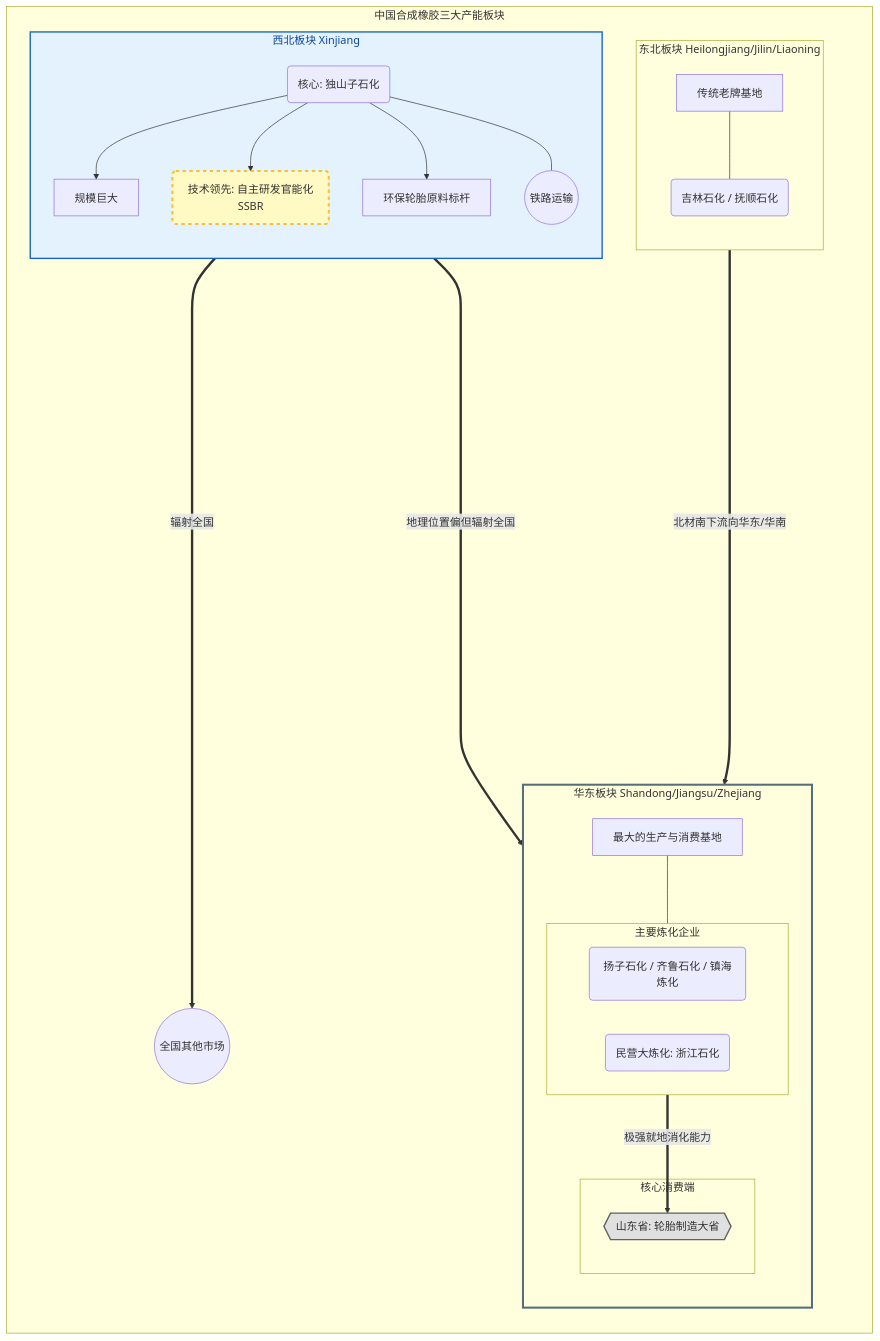
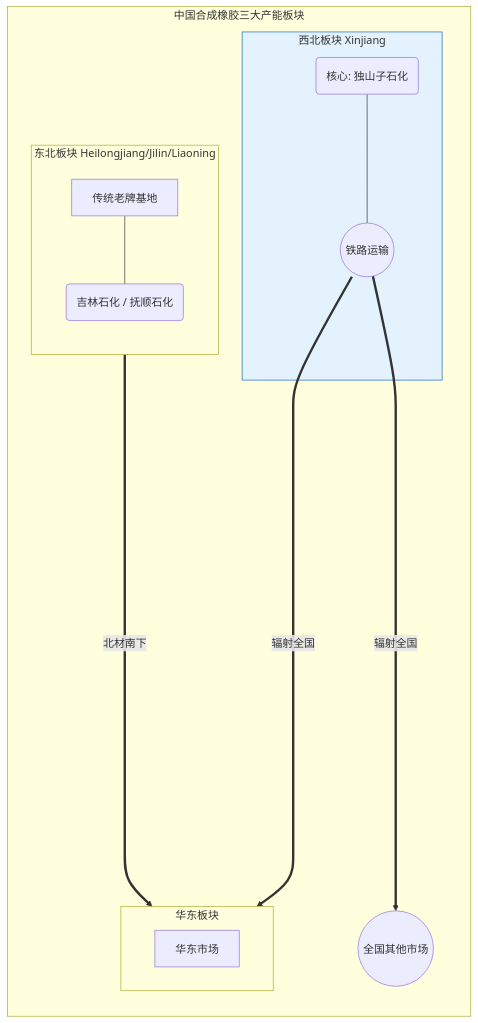
One commit to RubberTale/RubberTale.github.io changed the diagram in source/_posts/全球与中国合成橡胶产业链深度研究报告：供需重构、价格机制与市场演变 (2026版).md. Above: the diagram before and after it, drawn with Mermaid. The commit also changed 1 other file, not shown here.

Commit message:
vault backup: 2026-01-13 16:27:47

````diff
--- a/source/_posts/全球与中国合成橡胶产业链深度研究报告：供需重构、价格机制与市场演变 (2026版).md
+++ b/source/_posts/全球与中国合成橡胶产业链深度研究报告：供需重构、价格机制与市场演变 (2026版).md
@@ -124,59 +124,42 @@
 ```mermaid
 graph TB
-    %% 定义样式
-    classDef regionNW fill:#e3f2fd,stroke:#1565c0,stroke-width:2px,color:#0d47a1;
-    classDef regionNE fill:#fbe9e7,stroke:#d84315,stroke-width:2px,color:#bf360c;
-    classDef regionEC fill:#e8f5e9,stroke:#2e7d32,stroke-width:2px,color:#1b5e20;
-    classDef techNode fill:#fff9c4,stroke:#fbc02d,stroke-width:3px,stroke-dasharray: 5 5;
-    classDef tireNode fill:#e0e0e0,stroke:#616161,stroke-width:2px;
-    classDef flowEdge stroke-width:3px,stroke:#546e7a,fill:none;
-
+    %% 这里的百分号表示注释，不会报错
     %% 主标题
+    
     subgraph 中国合成橡胶三大产能板块
     direction TB
-
-        %% 西北板块
-        subgraph NW [西北板块 Xinjiang]
-            direction TB
-            N1(核心: 独山子石化)
-            N2[规模巨大]
-            N3(技术领先: 自主研发官能化SSBR):::techNode
-            N4[环保轮胎原料标杆]
-            N_Rail((铁路运输))
-            N1 --> N2 & N3 & N4
-            N1 --- N_Rail
-        end
-        class NW regionNW
-
+    
         %% 东北板块
         subgraph NE [东北板块 Heilongjiang/Jilin/Liaoning]
             direction TB
             E1[传统老牌基地]
             E2(吉林石化 / 抚顺石化)
             E1 --- E2
         end
         class NE regionNE
+        
+        %% 西北板块 (补全你的代码)
+        subgraph NW [西北板块 Xinjiang]
+            N1(核心: 独山子石化)
+            N_Rail((铁路运输))
+            N1 --- N_Rail
+        end
+        class NW regionNW
 
-        %% 华东板块
-        subgraph EC [华东板块 Shandong/Jiangsu/Zhejiang]
-            direction TB
-            C1[最大的生产与消费基地]
-            subgraph Producers [主要炼化企业]
-                C2(扬子石化 / 齐鲁石化 / 镇海炼化)
-                C3(民营大炼化: 浙江石化)
-            end
-            subgraph Consumer [核心消费端]
-                C4{{山东省: 轮胎制造大省}}:::tireNode
-            end
-            C1 --- Producers
-            Producers ==>|极强就地消化能力| C4
+        %% 华东板块 (补全你的代码)
+        subgraph EC [华东板块]
+             C1[华东市场]
         end
-        class EC regionEC
 
-    %% 定义流向关系
-    NE =================>|北材南下流向华东/华南| EC:::flowEdge
-    N_Rail =================>|地理位置偏但辐射全国| EC:::flowEdge
-    N_Rail =================>|辐射全国| OtherMarkets((全国其他市场))
-
+        %% 定义流向关系
+        NE =================>|北材南下| EC
+        N_Rail =================>|辐射全国| EC
+        N_Rail =================>|辐射全国| OtherMarkets((全国其他市场))
+        
     end
+    
+    %% 定义样式类
+    classDef regionNE fill:#fbe9e7,stroke:#d84315;
+    classDef regionNW fill:#e3f2fd,stroke:#1565c0;
+    classDef flowEdge stroke-width:3px,stroke:#546e7a;
 ```
````
